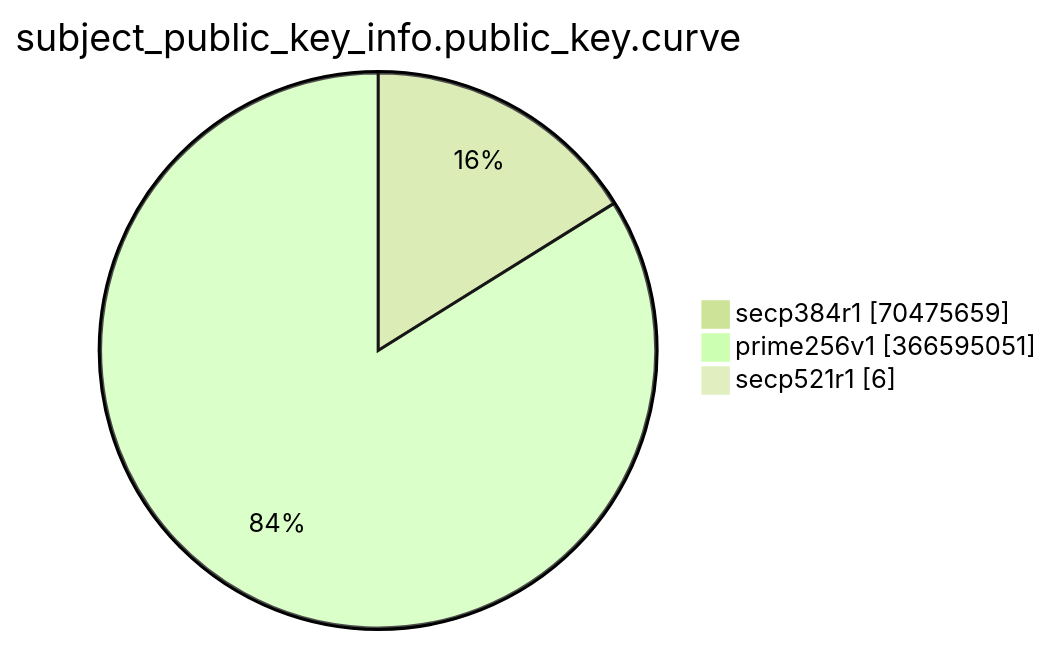
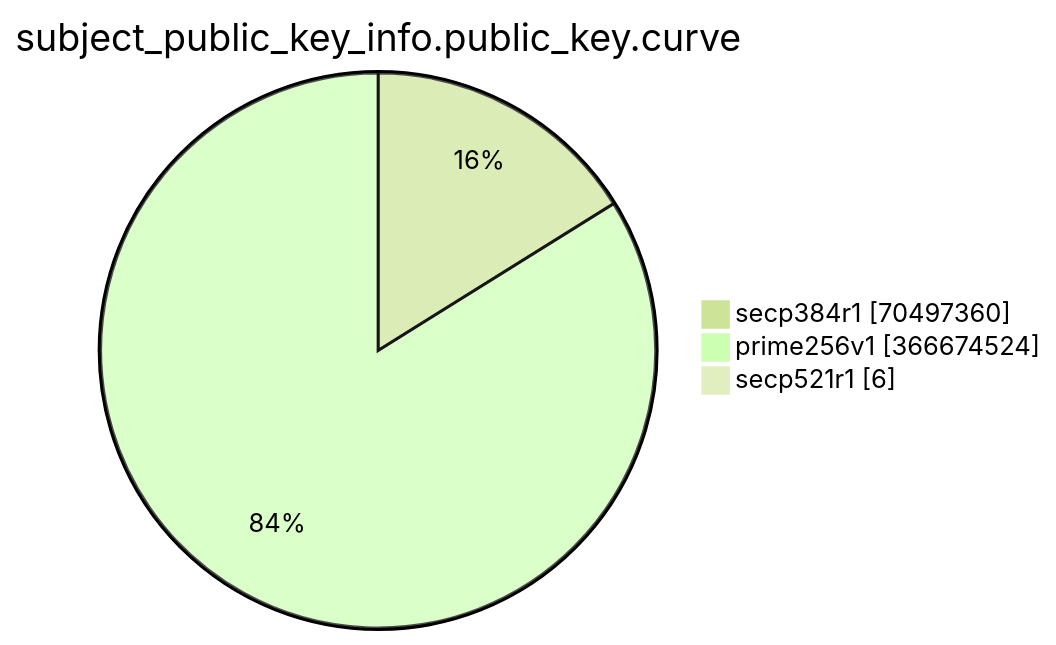
Before and after one commit to christiankrug/ctmonitor_visualization: the eighth of 15 diagrams in TOTAL/README.md, drawn with Mermaid (forest theme). The commit also changed other lines of this file, not shown here.

````diff
--- a/TOTAL/README.md
+++ b/TOTAL/README.md
@@ -3094,7 +3094,7 @@
 ```mermaid
 pie showData
 title subject_public_key_info.public_key.curve
-"secp384r1" :70475659
-"prime256v1" :366595051
+"secp384r1" :70497360
+"prime256v1" :366674524
 "secp521r1" :6
 ```
````
